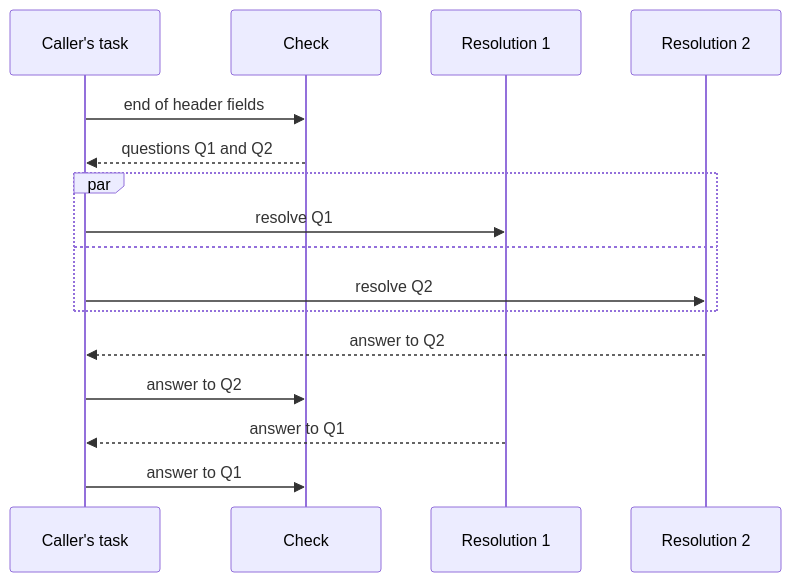
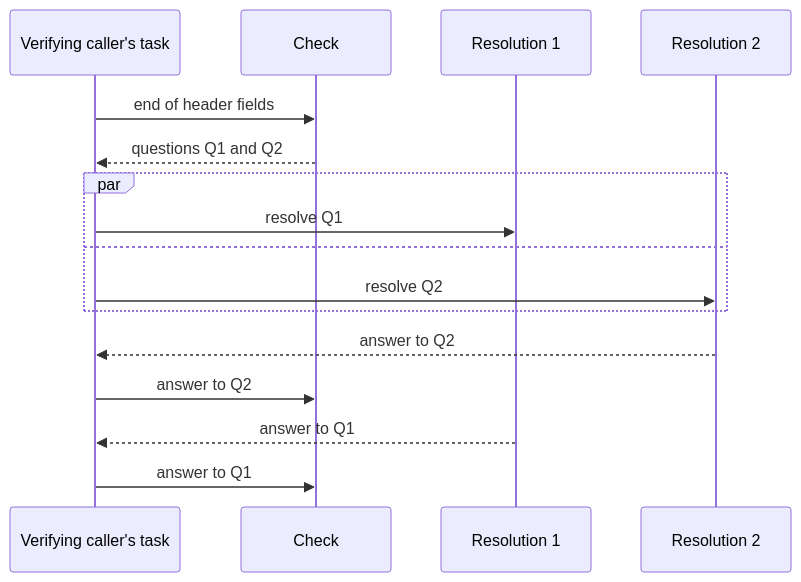
Before and after one commit to photom/hallmark: the second of 2 diagrams in docs/reference/design/concurrency.md, drawn with Mermaid. The commit also changed other lines of this file and 45 other files, not shown here.

````diff
--- a/docs/reference/design/concurrency.md
+++ b/docs/reference/design/concurrency.md
@@ -72,18 +72,18 @@
 ```mermaid
 sequenceDiagram
-    participant Task as Caller's task
+    participant Task as Verifying caller's task
     participant Check
     participant R1 as Resolution 1
     participant R2 as Resolution 2
     Task->>Check: end of header fields
     Check-->>Task: questions Q1 and Q2
     par
         Task->>R1: resolve Q1
     and
         Task->>R2: resolve Q2
     end
     R2-->>Task: answer to Q2
     Task->>Check: answer to Q2
     R1-->>Task: answer to Q1
     Task->>Check: answer to Q1
 ```
````
